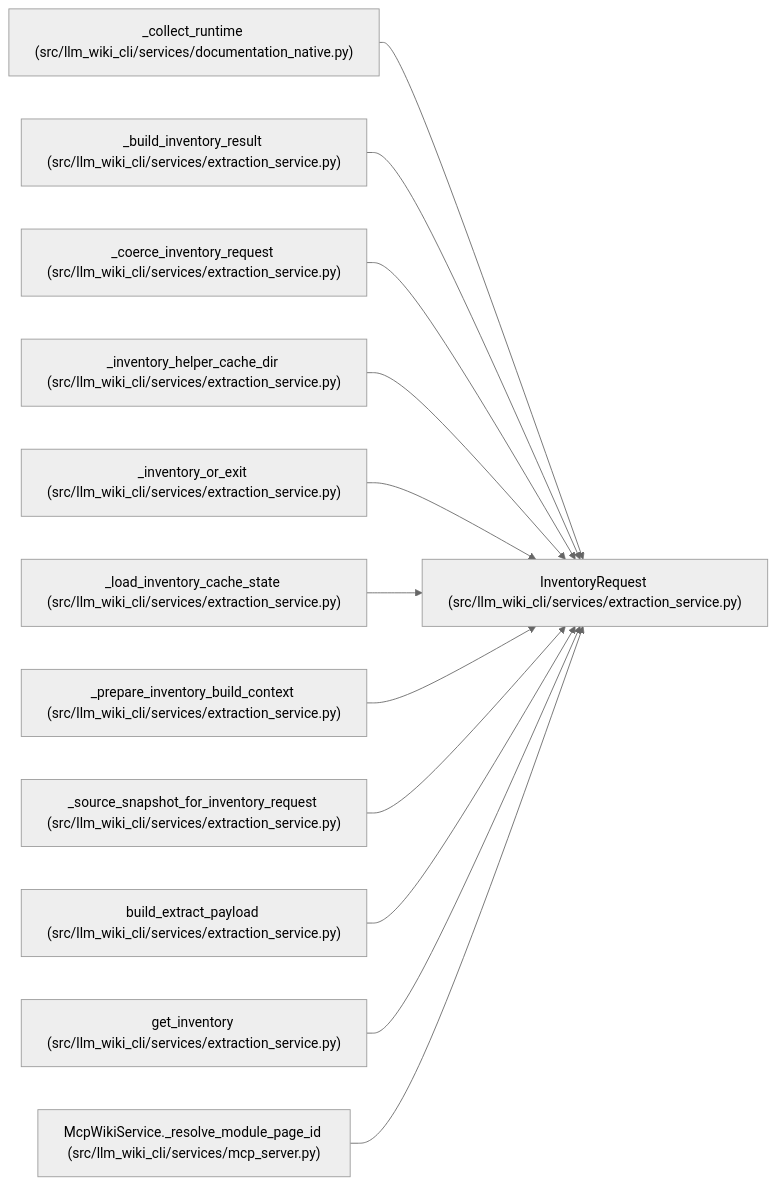
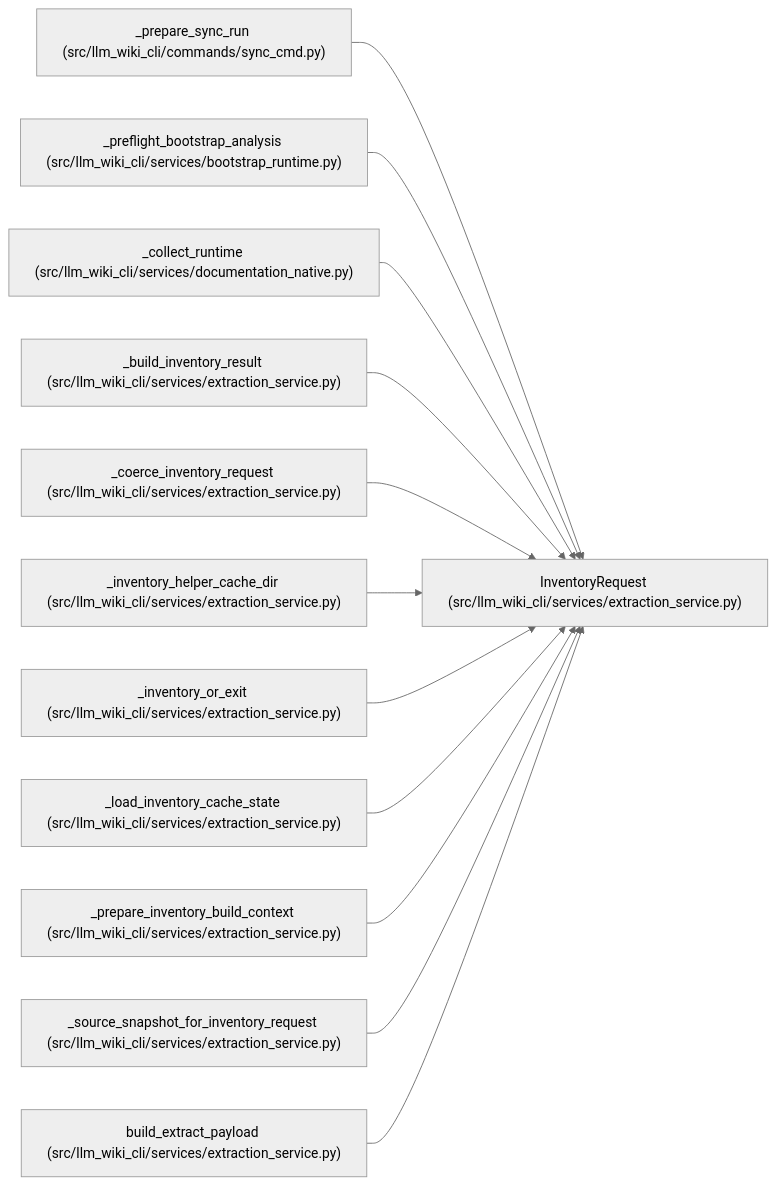
Before and after one commit to Denissvgn/python-wiki-llm: the diagram in docs/llm_wiki/entities/InventoryRequest.md, drawn with Mermaid (neutral theme). The commit also changed other lines of this file and 761 other files, not shown here.

Commit message:
docs: sync the project wiki with the helper and release improvements

````diff
--- a/docs/llm_wiki/entities/InventoryRequest.md
+++ b/docs/llm_wiki/entities/InventoryRequest.md
@@ -53,38 +53,38 @@
 ```mermaid
 flowchart LR
     n0["InventoryRequest (src/llm_wiki_cli/services/extraction_service.py)"]
-    n1["_collect_runtime (src/llm_wiki_cli/services/documentation_native.py)"]
-    n2["_build_inventory_result (src/llm_wiki_cli/services/extraction_service.py)"]
-    n3["_coerce_inventory_request (src/llm_wiki_cli/services/extraction_service.py)"]
-    n4["_inventory_helper_cache_dir (src/llm_wiki_cli/services/extraction_service.py)"]
-    n5["_inventory_or_exit (src/llm_wiki_cli/services/extraction_service.py)"]
-    n6["_load_inventory_cache_state (src/llm_wiki_cli/services/extraction_service.py)"]
-    n7["_prepare_inventory_build_context (src/llm_wiki_cli/services/extraction_service.py)"]
-    n8["_source_snapshot_for_inventory_request (src/llm_wiki_cli/services/extraction_service.py)"]
-    n9["build_extract_payload (src/llm_wiki_cli/services/extraction_service.py)"]
-    n10["get_inventory (src/llm_wiki_cli/services/extraction_service.py)"]
-    n11["McpWikiService._resolve_module_page_id (src/llm_wiki_cli/services/mcp_server.py)"]
+    n1["_prepare_sync_run (src/llm_wiki_cli/commands/sync_cmd.py)"]
+    n2["_preflight_bootstrap_analysis (src/llm_wiki_cli/services/bootstrap_runtime.py)"]
+    n3["_collect_runtime (src/llm_wiki_cli/services/documentation_native.py)"]
+    n4["_build_inventory_result (src/llm_wiki_cli/services/extraction_service.py)"]
+    n5["_coerce_inventory_request (src/llm_wiki_cli/services/extraction_service.py)"]
+    n6["_inventory_helper_cache_dir (src/llm_wiki_cli/services/extraction_service.py)"]
+    n7["_inventory_or_exit (src/llm_wiki_cli/services/extraction_service.py)"]
+    n8["_load_inventory_cache_state (src/llm_wiki_cli/services/extraction_service.py)"]
+    n9["_prepare_inventory_build_context (src/llm_wiki_cli/services/extraction_service.py)"]
+    n10["_source_snapshot_for_inventory_request (src/llm_wiki_cli/services/extraction_service.py)"]
+    n11["build_extract_payload (src/llm_wiki_cli/services/extraction_service.py)"]
     n1 --> n0
     n2 --> n0
     n3 --> n0
     n4 --> n0
     n5 --> n0
     n6 --> n0
     n7 --> n0
     n8 --> n0
     n9 --> n0
     n10 --> n0
     n11 --> n0
     click n0 "../modules/extraction_service.md"
-    click n1 "../modules/documentation_native.md"
-    click n2 "../modules/extraction_service.md"
-    click n3 "../modules/extraction_service.md"
+    click n1 "../modules/sync_cmd.md"
+    click n2 "../modules/bootstrap_runtime.md"
+    click n3 "../modules/documentation_native.md"
     click n4 "../modules/extraction_service.md"
     click n5 "../modules/extraction_service.md"
     click n6 "../modules/extraction_service.md"
     click n7 "../modules/extraction_service.md"
     click n8 "../modules/extraction_service.md"
     click n9 "../modules/extraction_service.md"
     click n10 "../modules/extraction_service.md"
-    click n11 "../modules/mcp_server.md"
+    click n11 "../modules/extraction_service.md"
 ```
````
